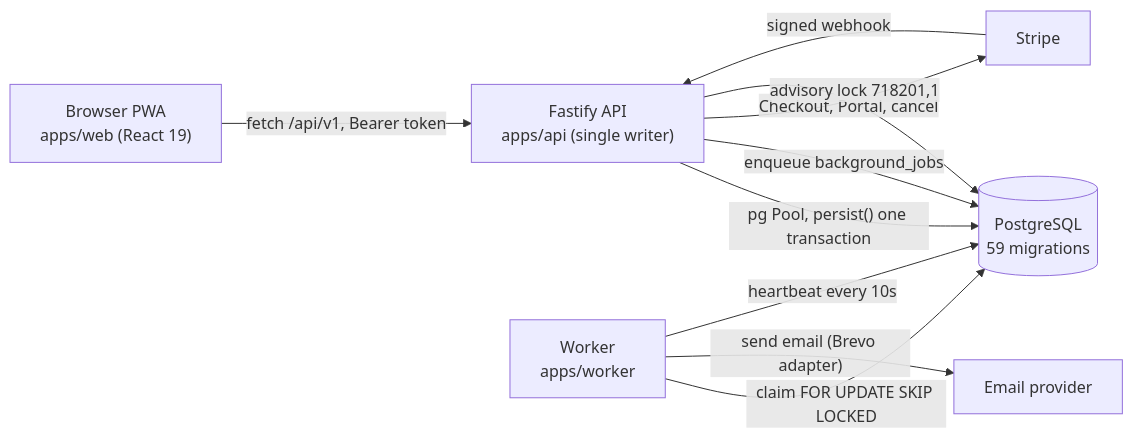
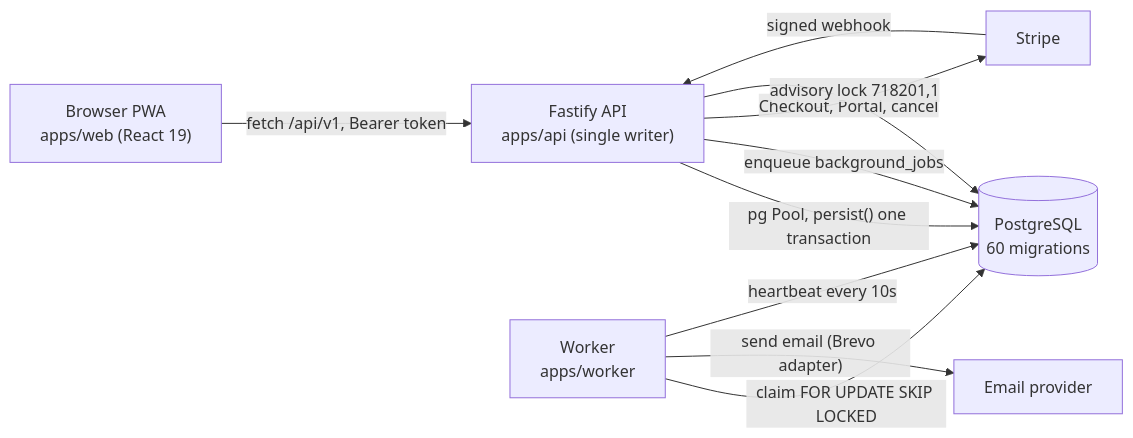
Before and after one commit to yhsomani/talentsphere-complete: the first of 7 diagrams in docs/system-model/02-flows.md, drawn with Mermaid. The commit also changed 17 other files, not shown here.

````diff
--- a/docs/system-model/02-flows.md
+++ b/docs/system-model/02-flows.md
@@ -15,12 +15,12 @@
 ```mermaid
 flowchart LR
   Browser["Browser PWA<br/>apps/web (React 19)"] -->|"fetch /api/v1, Bearer token"| API["Fastify API<br/>apps/api (single writer)"]
-  API -->|"pg Pool, persist() one transaction"| PG[("PostgreSQL<br/>59 migrations")]
+  API -->|"pg Pool, persist() one transaction"| PG[("PostgreSQL<br/>60 migrations")]
   API -->|"enqueue background_jobs"| PG
   Worker["Worker<br/>apps/worker"] -->|"claim FOR UPDATE SKIP LOCKED"| PG
   Worker -->|"send email (Brevo adapter)"| Mail["Email provider"]
   API -->|"Checkout, Portal, cancel"| Stripe["Stripe"]
   Stripe -->|"signed webhook"| API
   Worker -->|"heartbeat every 10s"| PG
   API -->|"advisory lock 718201,1"| PG
 ```
````
